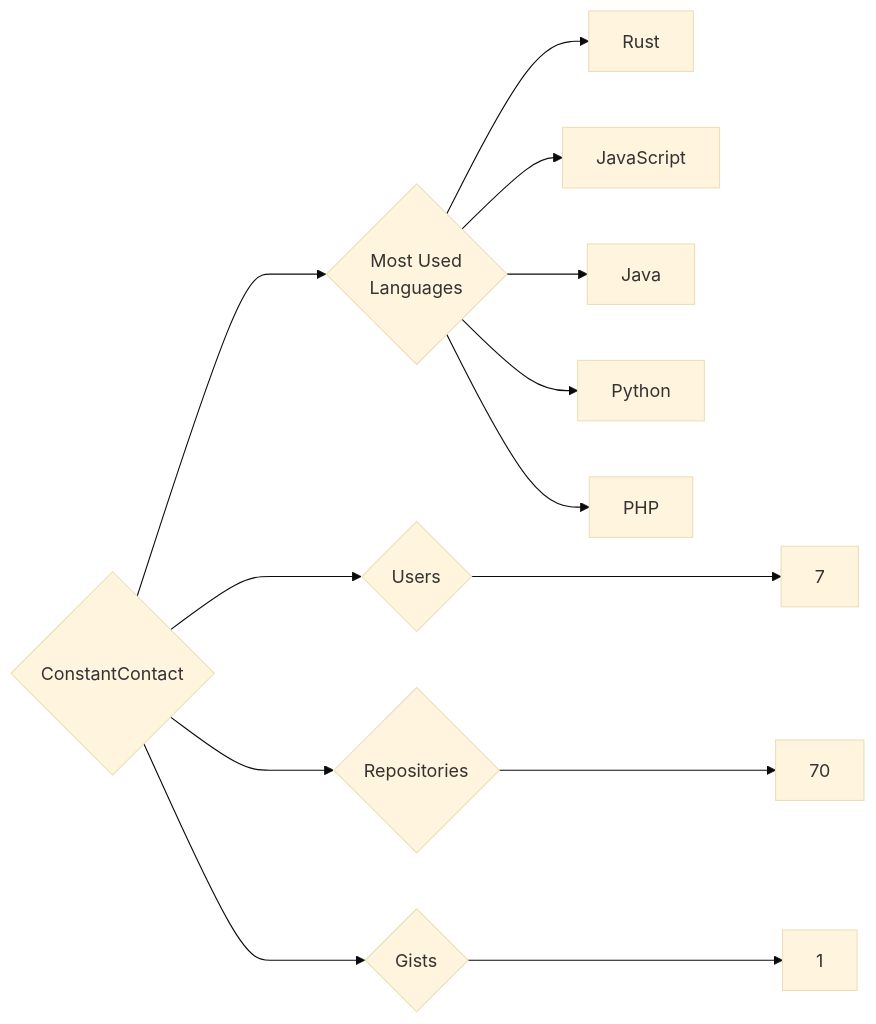
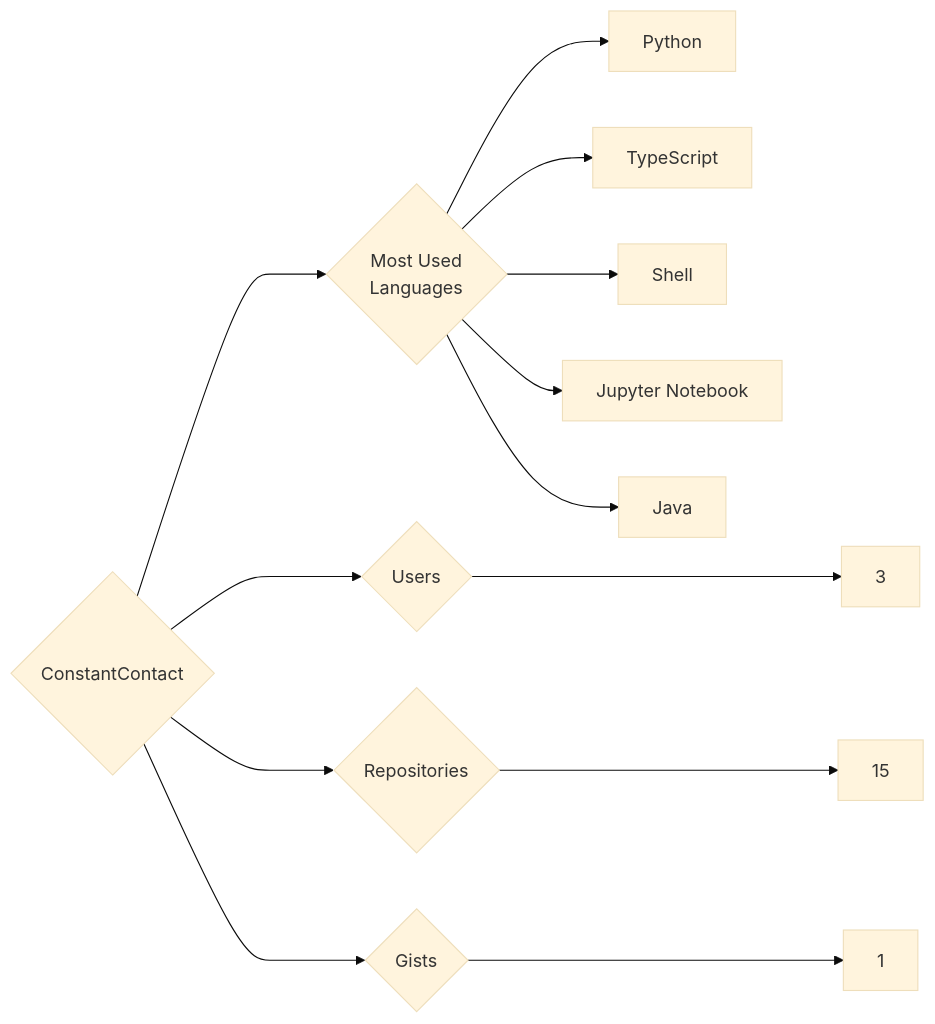
The diagram in targets/ConstantContact/README.md (trickest/insiders), drawn with Mermaid (base theme) before and after one commit. The commit also changed 840 other files, not shown here.

````diff
--- a/targets/ConstantContact/README.md
+++ b/targets/ConstantContact/README.md
@@ -3,13 +3,13 @@
 ```mermaid
 graph LR
 COMPANY_NAME{ConstantContact}
-COMPANY_NAME ---> U{Users} ---> UN[7]
-COMPANY_NAME ---> R{Repositories} ---> RN[70]
+COMPANY_NAME ---> U{Users} ---> UN[3]
+COMPANY_NAME ---> R{Repositories} ---> RN[15]
 COMPANY_NAME ---> G{Gists} ---> GN[1]
 COMPANY_NAME ---> ML{Most Used<br>Languages}
-ML --> Rust[Rust]
-ML --> JavaScript[JavaScript]
+ML --> Python[Python]
+ML --> TypeScript[TypeScript]
+ML --> Shell[Shell]
+ML --> Jupyter_Notebook[Jupyter Notebook]
 ML --> Java[Java]
-ML --> Python[Python]
-ML --> PHP[PHP]
 ```
````
